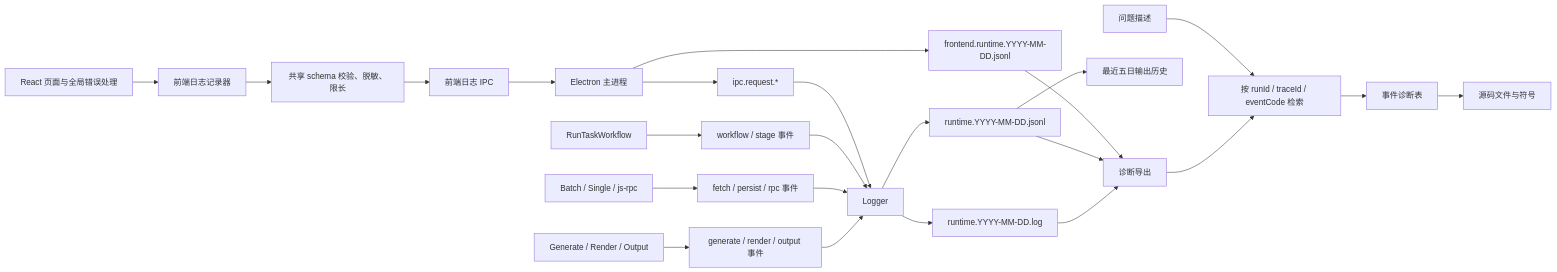
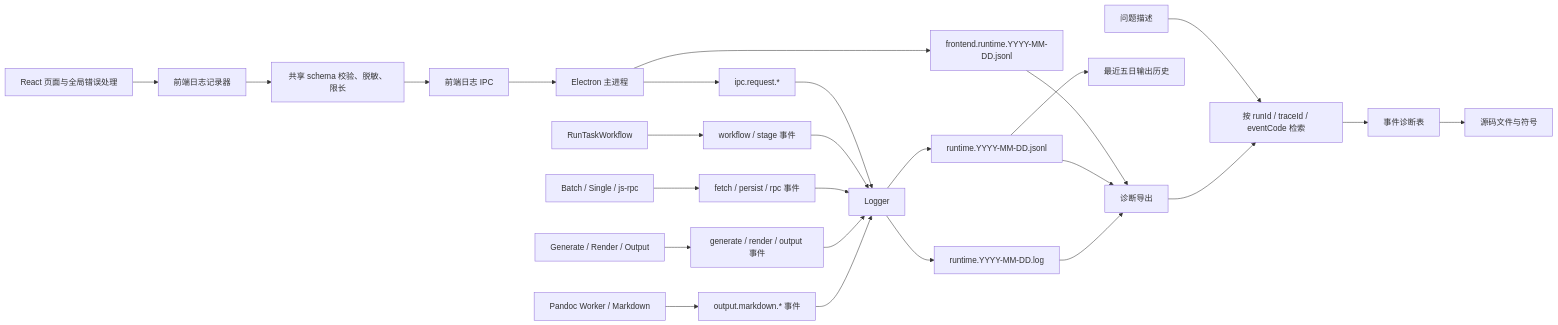
The diagram in doc/dev/data-and-logging.md (YaoZeyuan/zhihuhelp), drawn with Mermaid before and after one commit. The commit also changed other lines of this file and 143 other files, not shown here.

````diff
--- a/doc/dev/data-and-logging.md
+++ b/doc/dev/data-and-logging.md
@@ -62,30 +64,32 @@
 ```mermaid
 flowchart LR
   UI["React 页面与全局错误处理"] --> ClientLogger["前端日志记录器"]
   ClientLogger --> RedactClient["共享 schema 校验、脱敏、限长"]
   RedactClient --> FrontIPC["前端日志 IPC"]
   FrontIPC --> Main["Electron 主进程"]
 
   Main --> IpcEvent["ipc.request.*"]
   Workflow["RunTaskWorkflow"] --> RunEvent["workflow / stage 事件"]
   API["Batch / Single / js-rpc"] --> ApiEvent["fetch / persist / rpc 事件"]
   Generate["Generate / Render / Output"] --> OutputEvent["generate / render / output 事件"]
+  Markdown["Pandoc Worker / Markdown"] --> MarkdownEvent["output.markdown.* 事件"]
 
   IpcEvent --> BackendLogger["Logger"]
   RunEvent --> BackendLogger
   ApiEvent --> BackendLogger
   OutputEvent --> BackendLogger
+  MarkdownEvent --> BackendLogger
   Main --> FrontFile["frontend.runtime.YYYY-MM-DD.jsonl"]
   BackendLogger --> BackFile["runtime.YYYY-MM-DD.jsonl"]
   BackendLogger --> TextFile["runtime.YYYY-MM-DD.log"]
 
   FrontFile --> Diagnostic["诊断导出"]
   BackFile --> Diagnostic
   TextFile --> Diagnostic
   BackFile --> History["最近五日输出历史"]
 
   Problem["问题描述"] --> Lookup["按 runId / traceId / eventCode 检索"]
   Diagnostic --> Lookup
   Lookup --> Catalog["事件诊断表"]
   Catalog --> Source["源码文件与符号"]
 ```
````
